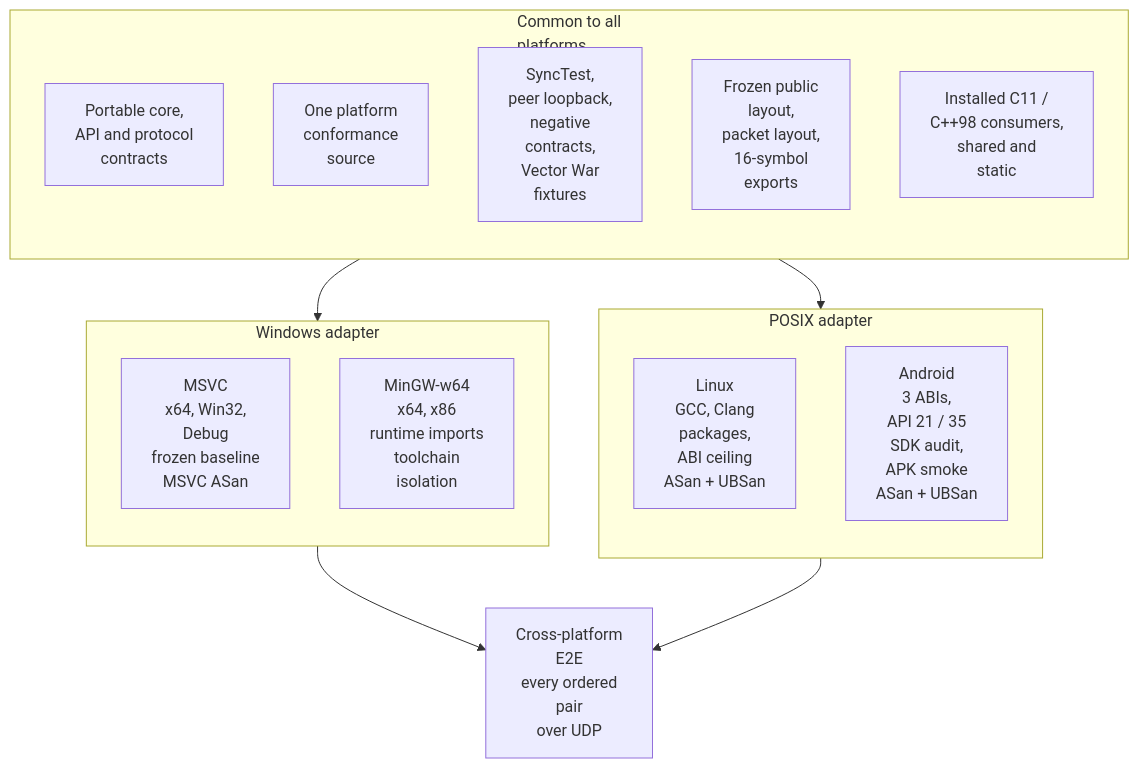
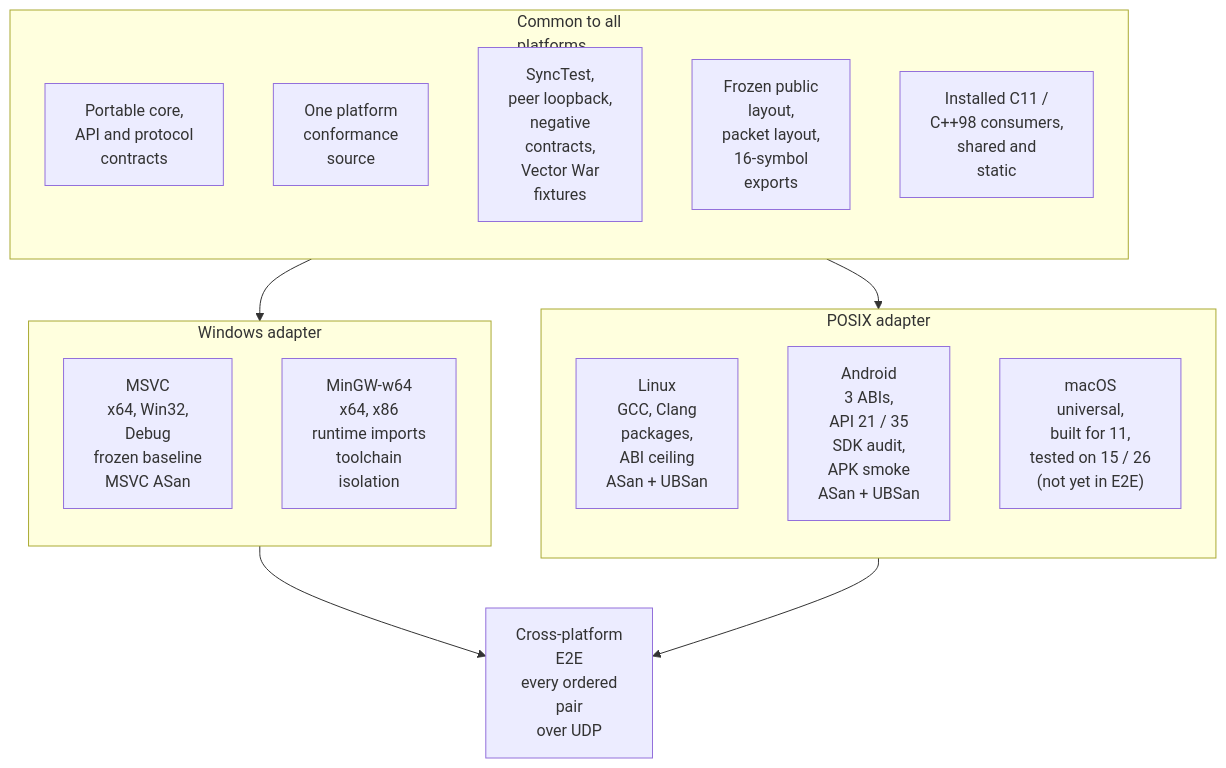
One commit to irregularthanis/ggpo-next changed the first of 9 diagrams in doc/architecture/Testing.md. Above: the diagram before and after it, drawn with Mermaid. The commit also changed other lines of this file and 2 other files, not shown here.

Commit message:
docs: describe macOS CI in Testing, Build and README

````diff
--- a/doc/architecture/Testing.md
+++ b/doc/architecture/Testing.md
@@ -57,30 +61,31 @@
 ```mermaid
 flowchart TB
     subgraph COMMON["Common to all<br/>platforms"]
         direction TB
         CORE["Portable core,<br/>API and protocol<br/>contracts"]
         CONF["One platform<br/>conformance<br/>source"]
         FIX["SyncTest,<br/>peer loopback,<br/>negative<br/>contracts,<br/>Vector War<br/>fixtures"]
         LAYOUT["Frozen public<br/>layout,<br/>packet layout,<br/>16-symbol<br/>exports"]
         CONS["Installed C11 /<br/>C++98 consumers,<br/>shared and<br/>static"]
     end
 
     subgraph WIN["Windows adapter"]
         direction TB
         MSVC["MSVC<br/>x64, Win32,<br/>Debug<br/>frozen baseline<br/>MSVC ASan"]
         MINGW["MinGW-w64<br/>x64, x86<br/>runtime imports<br/>toolchain<br/>isolation"]
     end
 
     subgraph POSIX["POSIX adapter"]
         direction TB
         LINUX["Linux<br/>GCC, Clang<br/>packages,<br/>ABI ceiling<br/>ASan + UBSan"]
         ANDROID["Android<br/>3 ABIs,<br/>API 21 / 35<br/>SDK audit,<br/>APK smoke<br/>ASan + UBSan"]
+        MACOS["macOS<br/>universal,<br/>built for 11,<br/>tested on 15 / 26<br/>(not yet in E2E)"]
     end
 
     E2E["Cross-platform<br/>E2E<br/>every ordered<br/>pair<br/>over UDP"]
 
     COMMON --> WIN
     COMMON --> POSIX
     WIN --> E2E
     POSIX --> E2E
 ```
````
